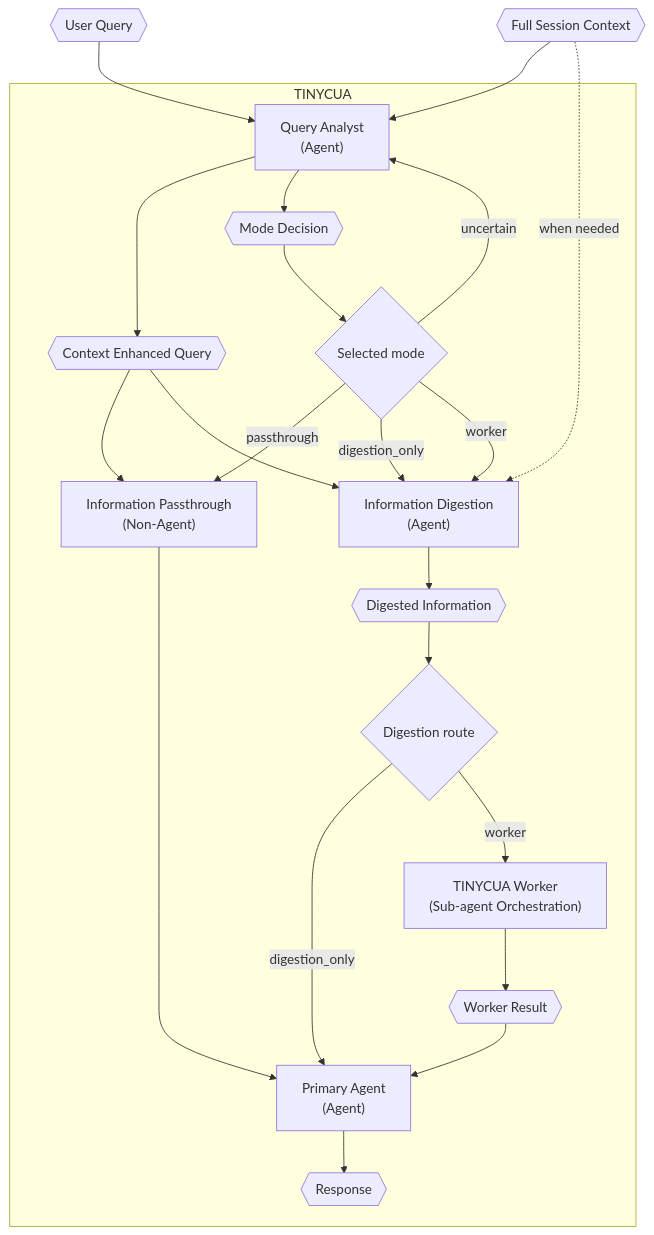
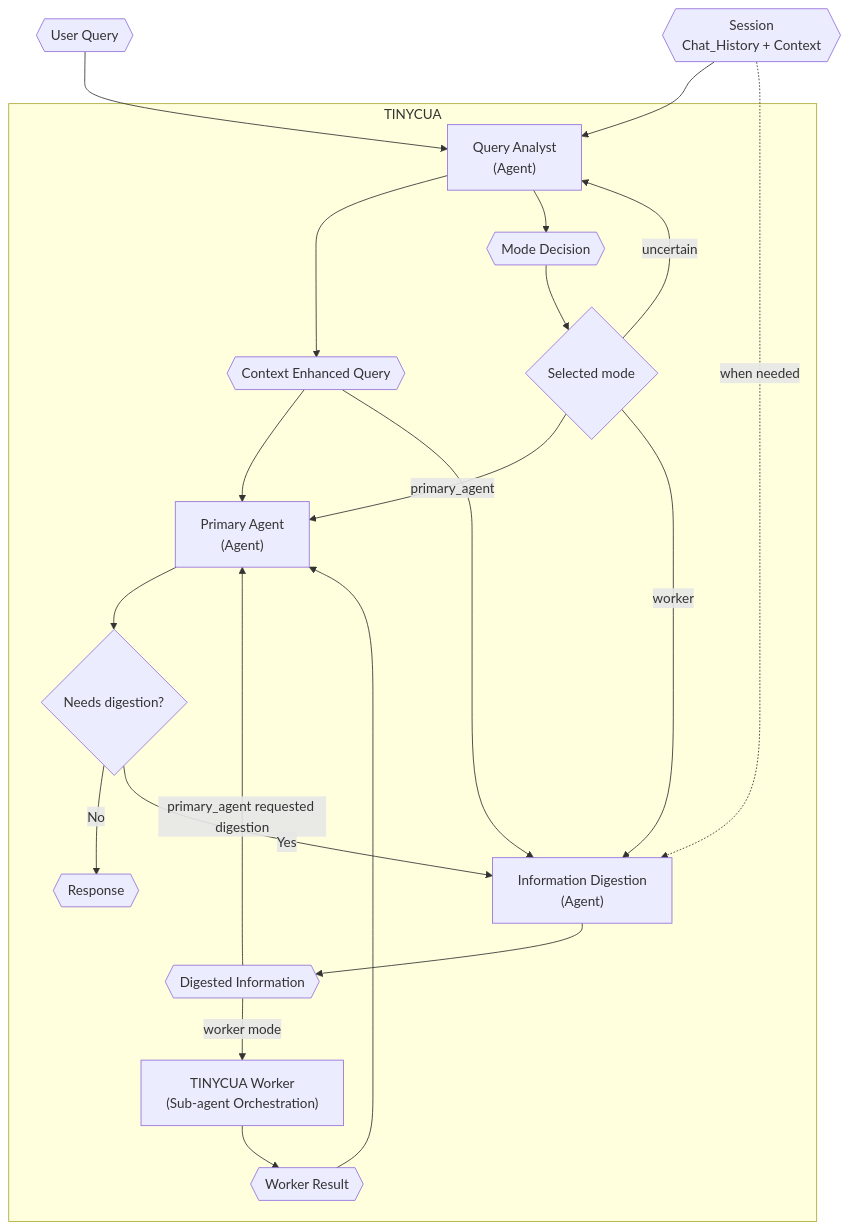
One commit to VJyzCELERY/TINYCUA changed the diagram in src/tinycua/docs/architecture/overview.md. Above: the diagram before and after it, drawn with Mermaid. The commit also changed other lines of this file and 14 other files, not shown here.

Commit message:
docs(architecture): add session architecture model

````diff
--- a/src/tinycua/docs/architecture/overview.md
+++ b/src/tinycua/docs/architecture/overview.md
@@ -35,45 +34,42 @@
 ```mermaid
 flowchart TD
     subgraph TINY["TINYCUA"]
         QA["Query Analyst\n(Agent)"]
         CEQ{{"Context Enhanced Query"}}
         MD{{"Mode Decision"}}
         ROUTE{"Selected mode"}
-        IP["Information Passthrough\n(Non-Agent)"]
         ID["Information Digestion\n(Agent)"]
         DI{{"Digested Information"}}
-        AFTER_ID{"Digestion route"}
         TW["TINYCUA Worker\n(Sub-agent Orchestration)"]
         WR{{"Worker Result"}}
         PA["Primary Agent\n(Agent)"]
+        NEED_DIGEST{"Needs digestion?"}
         RESP{{"Response"}}
     end
 
     UQ{{"User Query"}}
-    FSC{{"Full Session Context"}}
+    FSC{{"Session\nChat_History + Context"}}
 
     UQ --> QA
     FSC --> QA
     QA --> CEQ
     QA --> MD
     MD --> ROUTE
 
-    ROUTE -->|passthrough| IP
-    CEQ --> IP
-    IP --> PA
+    ROUTE -->|primary_agent| PA
+    CEQ --> PA
+    PA --> NEED_DIGEST
+    NEED_DIGEST -->|No| RESP
+    NEED_DIGEST -->|Yes| ID
 
-    ROUTE -->|digestion_only| ID
+    ROUTE -->|worker| ID
     CEQ --> ID
     FSC -. "when needed" .-> ID
     ID --> DI
-
-    ROUTE -->|worker| ID
-    DI --> AFTER_ID
-    AFTER_ID -->|digestion_only| PA
-    AFTER_ID -->|worker| TW
+    DI -->|primary_agent requested digestion| PA
+    DI -->|worker mode| TW
     TW --> WR
     WR --> PA
 
     ROUTE -->|uncertain| QA
-    PA --> RESP
 ```
````
